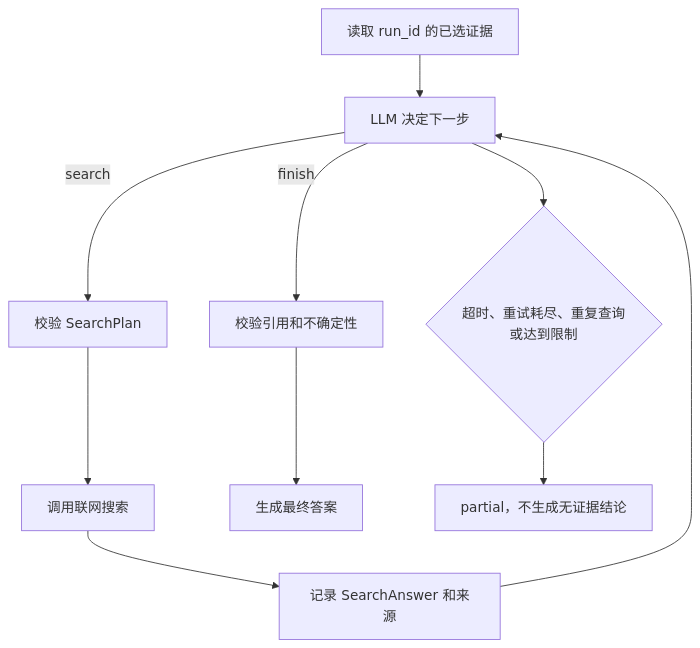
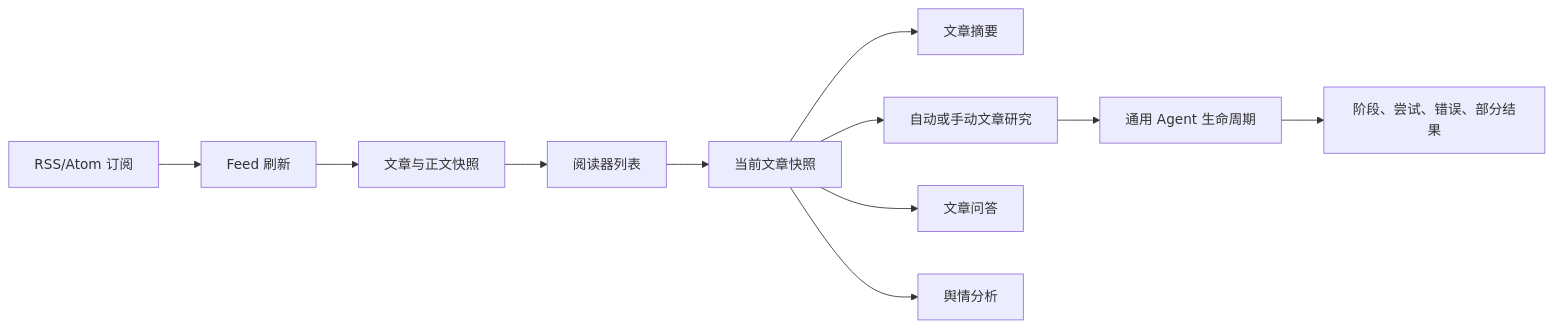
The diagram in projectFlow.md (Ita-Hloks/InformationAgent), drawn with Mermaid before and after one commit. The commit also changed other lines of this file and 31 other files, not shown here.

````diff
--- a/projectFlow.md
+++ b/projectFlow.md
@@ -245,12 +18,13 @@
 ```mermaid
-flowchart TD
-    A[读取 run_id 的已选证据] --> B[LLM 决定下一步]
-    B -->|search| C[校验 SearchPlan]
-    C --> D[调用联网搜索]
-    D --> E[记录 SearchAnswer 和来源]
-    E --> B
-    B -->|finish| F[校验引用和不确定性]
-    F --> G[生成最终答案]
-    B --> H{超时、重试耗尽、重复查询或达到限制}
-    H --> I[partial，不生成无证据结论]
+flowchart LR
+    A[RSS/Atom 订阅] --> B[Feed 刷新]
+    B --> C[文章与正文快照]
+    C --> D[阅读器列表]
+    D --> E[当前文章快照]
+    E --> F[文章摘要]
+    E --> G[自动或手动文章研究]
+    G --> H[通用 Agent 生命周期]
+    H --> I[阶段、尝试、错误、部分结果]
+    E --> J[文章问答]
+    E --> K[舆情分析]
 ```
````
